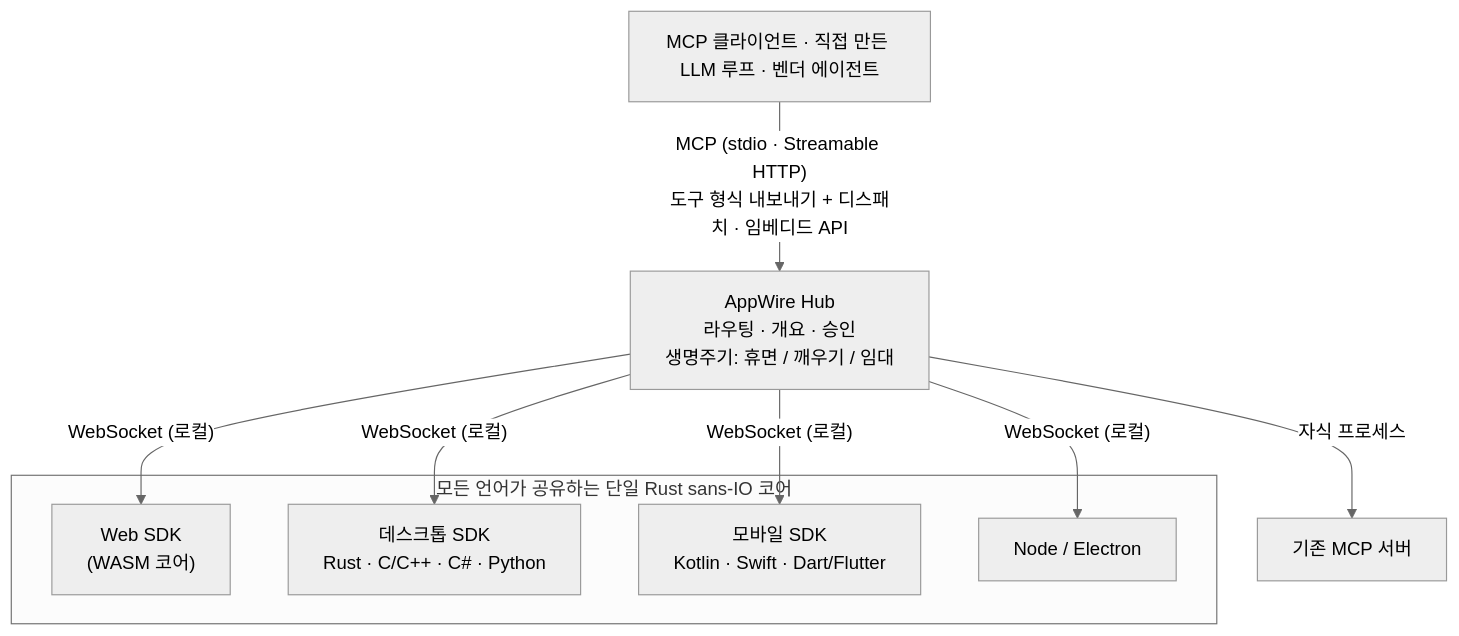
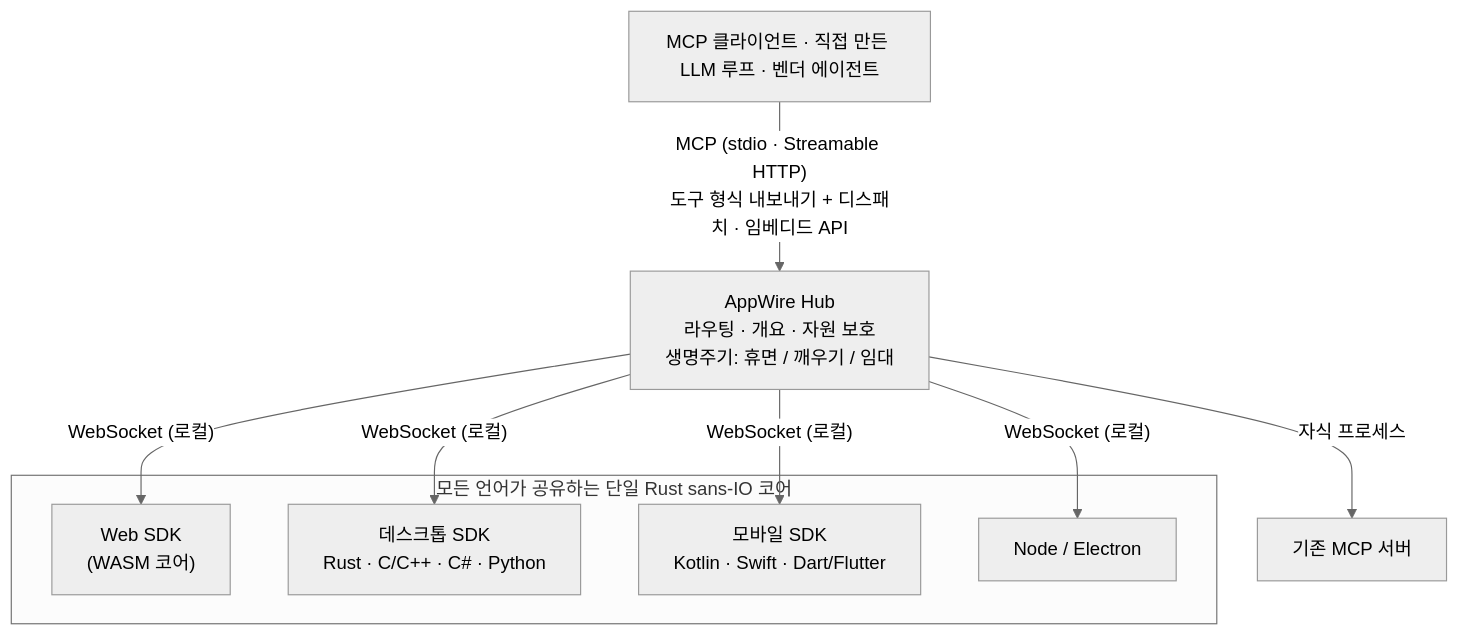
The diagram in docs/README.ko.md (stareing/appwire), drawn with Mermaid (neutral theme) before and after one commit. The commit also changed other lines of this file and 11 other files, not shown here.

Commit message:
第 18 项 L1 + L4：README（11 种语言）与 llms.txt 去掉"Hub 审批"承诺，改为放行归 Agent、高风险确认归 App、本库如实传递声明并保护资源；补第 9 条原则"看得见、改得回"

````diff
--- a/docs/README.ko.md
+++ b/docs/README.ko.md
@@ -149,17 +151,17 @@
 ```mermaid
 flowchart TD
   clients["MCP 클라이언트 · 직접 만든 LLM 루프 · 벤더 에이전트"]
-  hub["AppWire Hub<br/>라우팅 · 개요 · 승인<br/>생명주기: 휴면 / 깨우기 / 임대"]
+  hub["AppWire Hub<br/>라우팅 · 개요 · 자원 보호<br/>생명주기: 휴면 / 깨우기 / 임대"]
   clients -- "MCP (stdio · Streamable HTTP)<br/>도구 형식 내보내기 + 디스패치 · 임베디드 API" --> hub
   hub -- "WebSocket (로컬)" --> web["Web SDK<br/>(WASM 코어)"]
   hub -- "WebSocket (로컬)" --> desktop["데스크톱 SDK<br/>Rust · C/C++ · C# · Python"]
   hub -- "WebSocket (로컬)" --> mobile["모바일 SDK<br/>Kotlin · Swift · Dart/Flutter"]
   hub -- "WebSocket (로컬)" --> node["Node / Electron"]
   hub -- "자식 프로세스" --> upstream["기존 MCP 서버"]
   subgraph core["모든 언어가 공유하는 단일 Rust sans-IO 코어"]
     web
     desktop
     mobile
     node
   end
 ```
````
